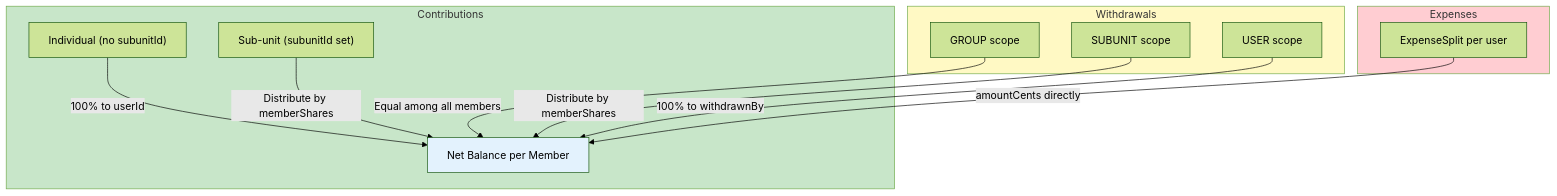
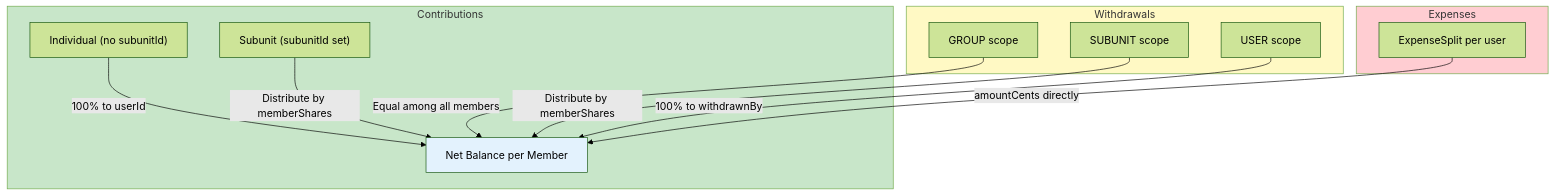
Before and after one commit to pedrazamiguez/expense-share-app: the sixth of 7 diagrams in wiki/sub-units-and-group-composition.md, drawn with Mermaid (forest theme). The commit also changed other lines of this file and 66 other files, not shown here.

````diff
--- a/wiki/sub-units-and-group-composition.md
+++ b/wiki/sub-units-and-group-composition.md
@@ -519,24 +519,24 @@
 ```mermaid
 graph TB
     subgraph Contributions
         C1["Individual (no subunitId)"] -->|"100% to userId"| BALANCE
-        C2["Sub-unit (subunitId set)"] -->|"Distribute by memberShares"| BALANCE
+        C2["Subunit (subunitId set)"] -->|"Distribute by memberShares"| BALANCE
     end
 
     subgraph Withdrawals
         W1["GROUP scope"] -->|"Equal among all members"| BALANCE
         W2["SUBUNIT scope"] -->|"Distribute by memberShares"| BALANCE
         W3["USER scope"] -->|"100% to withdrawnBy"| BALANCE
     end
 
     subgraph Expenses
         E1["ExpenseSplit per user"] -->|"amountCents directly"| BALANCE
     end
 
     BALANCE["Net Balance per Member"]
 
     style Contributions fill:#c8e6c9
     style Withdrawals fill:#fff9c4
     style Expenses fill:#ffcdd2
     style BALANCE fill:#e3f2fd
 ```
````
